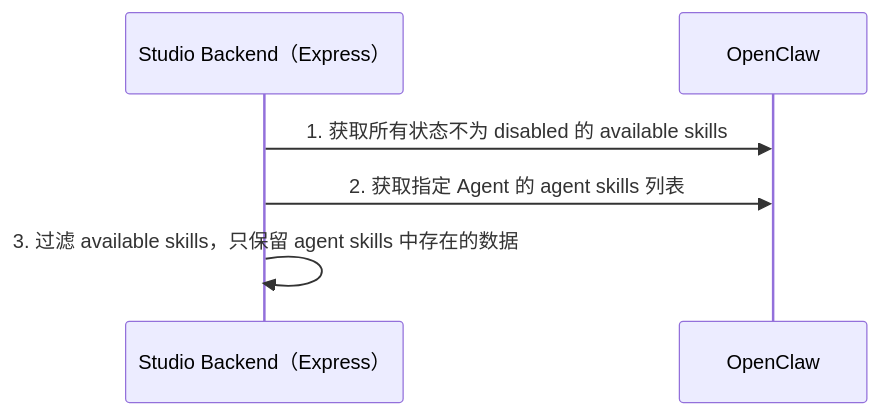
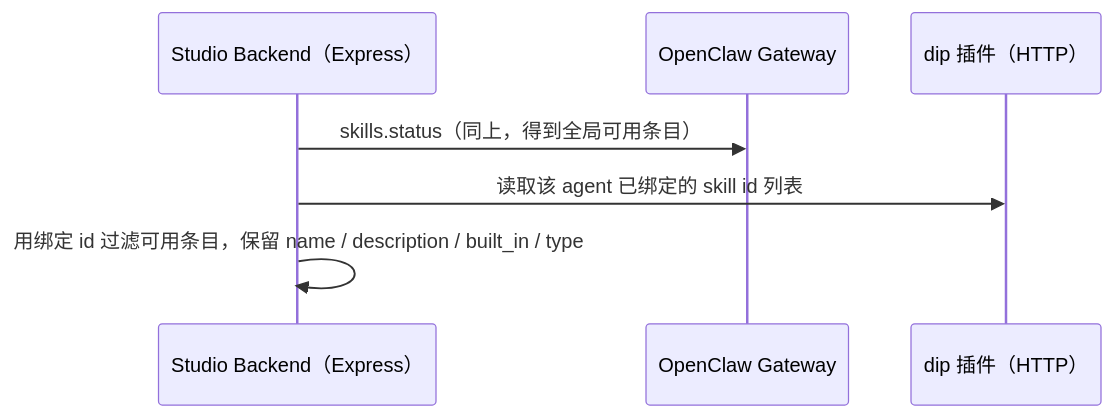
Before and after one commit to Port127/dip-studio: the second of 2 diagrams in studio/docs/design/implementation/list-skills.md, drawn with Mermaid. The commit also changed other lines of this file and 24 other files, not shown here.

````diff
--- a/studio/docs/design/implementation/list-skills.md
+++ b/studio/docs/design/implementation/list-skills.md
@@ -22,10 +26,10 @@
 ```mermaid
 sequenceDiagram
+participant BE as Studio Backend（Express）
+participant OC as OpenClaw Gateway
+participant DIP as dip 插件（HTTP）
 
-participant BE as Studio Backend（Express）
-participant OC as OpenClaw
-
-BE ->> OC: 1. 获取所有状态不为 disabled 的 available skills
-BE ->> OC: 2. 获取指定 Agent 的 agent skills 列表
-BE ->> BE: 3. 过滤 available skills，只保留 agent skills 中存在的数据
+BE ->> OC: skills.status（同上，得到全局可用条目）
+BE ->> DIP: 读取该 agent 已绑定的 skill id 列表
+BE ->> BE: 用绑定 id 过滤可用条目，保留 name / description / built_in / type
 ```
````
